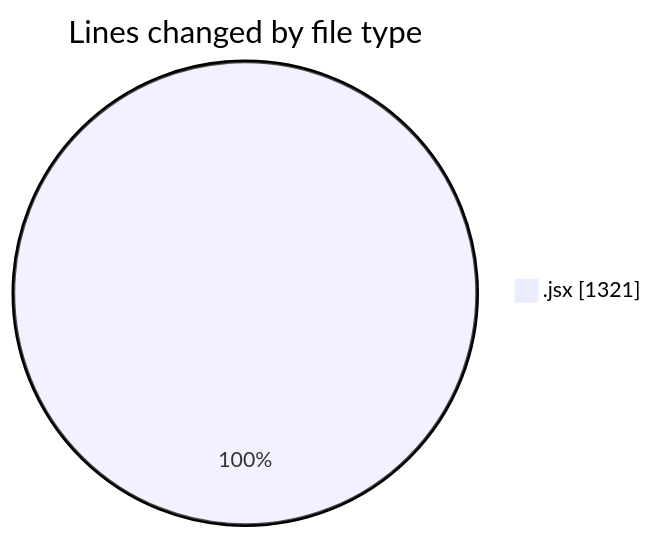
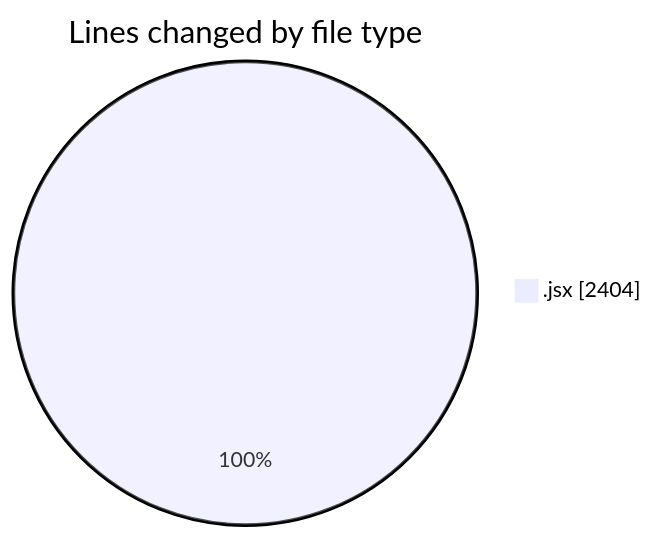
The first of 2 diagrams in 2025-08-26/nxtqube_webapp/README.md (nxtqubesakshisongat/code-tracking), drawn with Mermaid before and after one commit. The commit also changed other lines of this file and 1 other file, not shown here.

````diff
--- a/2025-08-26/nxtqube_webapp/README.md
+++ b/2025-08-26/nxtqube_webapp/README.md
@@ -23,5 +26,5 @@
 ```mermaid
 pie showData
 title Lines changed by file type
-".jsx" : 1321
+".jsx" : 2404
 ```
````
